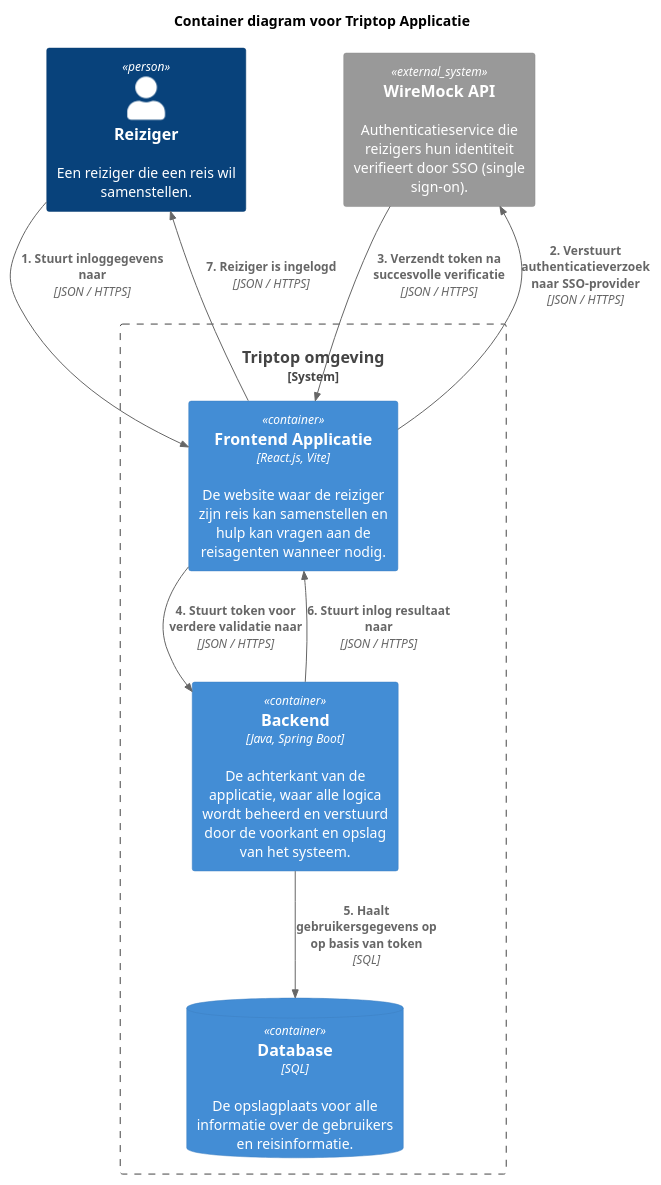
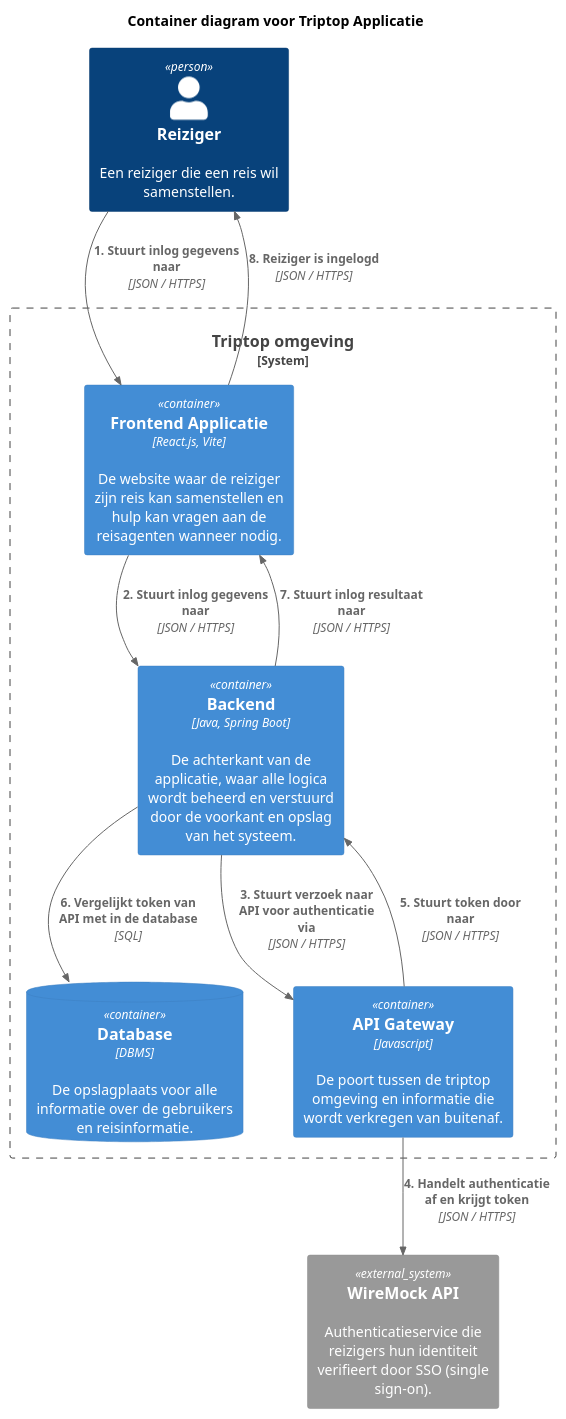
The diagram in opdracht-diagrammen/Container diagrammen/dynamische-diagrammen/login-diagram.puml (AIM-ENE-feb25/triptop-beca), drawn with PlantUML before and after one commit. The commit also changed 8 other files, not shown here.

Commit message:
Diagrammen verbeterd o.b.v. feedback

```diff
--- a/opdracht-diagrammen/Container diagrammen/dynamische-diagrammen/login-diagram.puml
+++ b/opdracht-diagrammen/Container diagrammen/dynamische-diagrammen/login-diagram.puml
@@ -1,24 +1,26 @@
 @startuml
 
 !include https://raw.githubusercontent.com/plantuml-stdlib/C4-PlantUML/master/C4_Container.puml
 
 title Container diagram voor Triptop Applicatie
 
 Person(reiziger, Reiziger, "Een reiziger die een reis wil samenstellen.")
 
 System_Boundary(c1, "Triptop omgeving") {
     Container(frontend, "Frontend Applicatie", "React.js, Vite", "De website waar de reiziger zijn reis kan samenstellen en hulp kan vragen aan de reisagenten wanneer nodig.")
     Container(backend, "Backend", "Java, Spring Boot", "De achterkant van de applicatie, waar alle logica wordt beheerd en verstuurd door de voorkant en opslag van het systeem.")
-    ContainerDb(database, "Database", "SQL", "De opslagplaats voor alle informatie over de gebruikers en reisinformatie.")
+    ContainerDb(database, "Database", "DBMS", "De opslagplaats voor alle informatie over de gebruikers en reisinformatie.")
+    Container(api_gateway, "API Gateway", "Javascript", "De poort tussen de triptop omgeving en informatie die wordt verkregen van buitenaf.")
 }
 
 System_Ext(identiteit, "WireMock API", "Authenticatieservice die reizigers hun identiteit verifieert door SSO (single sign-on).")
 
-Rel(reiziger,frontend, "1. Stuurt inloggegevens naar", "JSON / HTTPS")
-Rel(frontend, identiteit, "2. Verstuurt authenticatieverzoek naar SSO-provider", "JSON / HTTPS")
-Rel(identiteit, frontend, "3. Verzendt token na succesvolle verificatie", "JSON / HTTPS")
-Rel(frontend, backend, "4. Stuurt token voor verdere validatie naar", "JSON / HTTPS")
-Rel(backend, database, "5. Haalt gebruikersgegevens op op basis van token", "SQL")
-Rel(backend, frontend, "6. Stuurt inlog resultaat naar", "JSON / HTTPS")
-Rel(frontend, reiziger, "7. Reiziger is ingelogd", "JSON / HTTPS")
+Rel(reiziger,frontend, "1. Stuurt inlog gegevens naar", "JSON / HTTPS")
+Rel(frontend, backend, "2. Stuurt inlog gegevens naar", "JSON / HTTPS")
+Rel(backend, api_gateway, "3. Stuurt verzoek naar API voor authenticatie via", "JSON / HTTPS")
+Rel(api_gateway, identiteit, "4. Handelt authenticatie af en krijgt token", "JSON / HTTPS")
+Rel(api_gateway, backend, "5. Stuurt token door naar", "JSON / HTTPS")
+Rel(backend, database, "6. Vergelijkt token van API met in de database", "SQL")
+Rel(backend, frontend, "7. Stuurt inlog resultaat naar", "JSON / HTTPS")
+Rel(frontend, reiziger, "8. Reiziger is ingelogd", "JSON / HTTPS")
 @enduml
```
